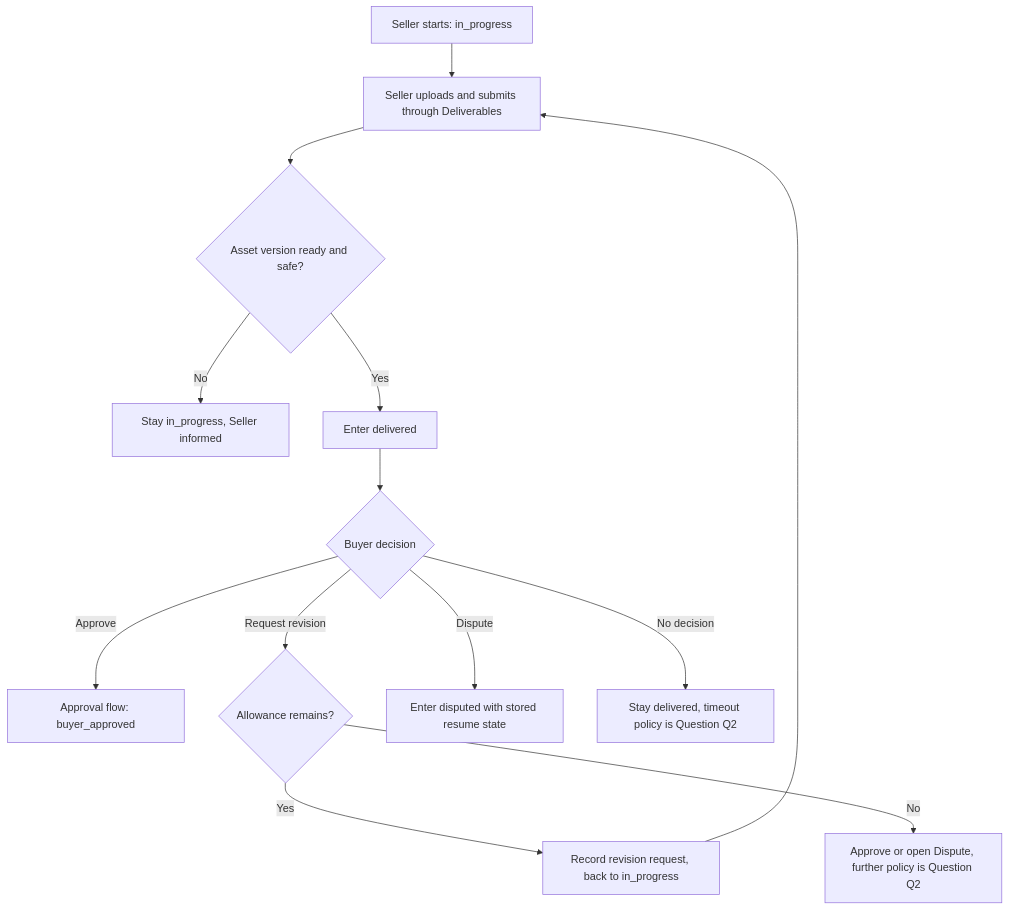
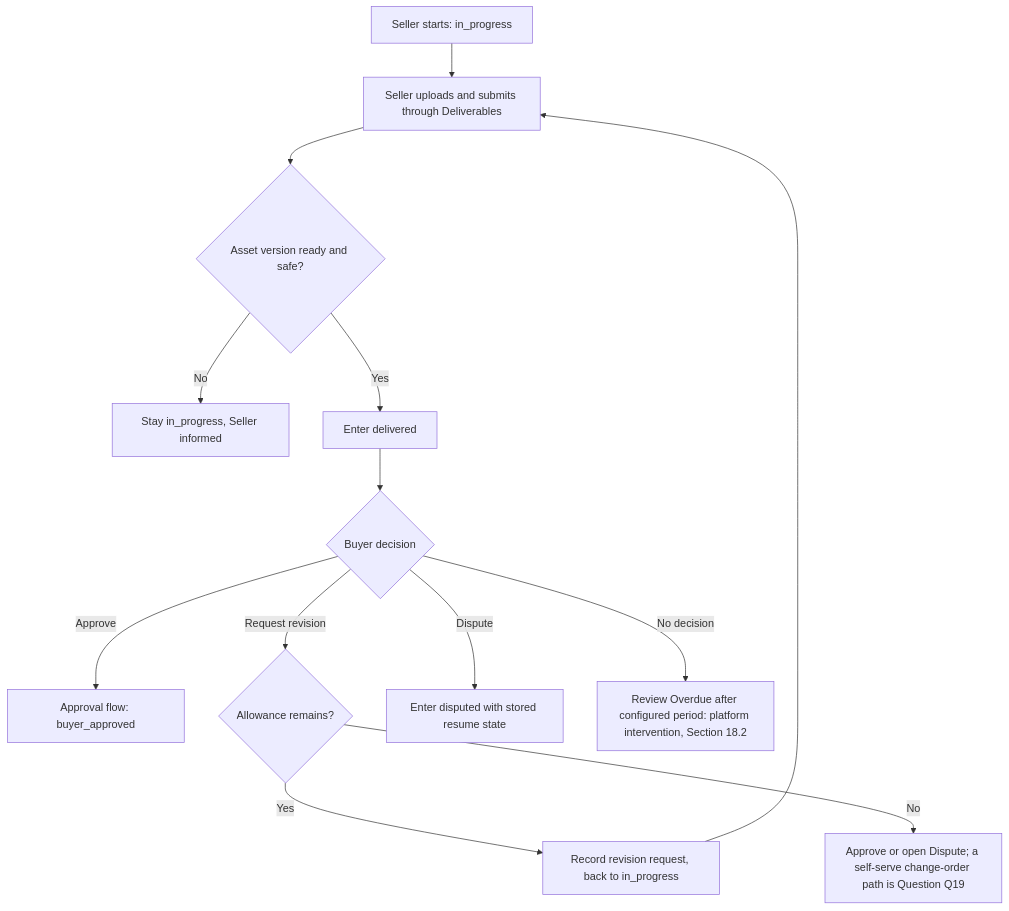
The sixth of 12 diagrams in docs/05-projects-milestones/milestones.md (xela-ash/Music_app), drawn with Mermaid before and after one commit. The commit also changed other lines of this file and 2 other files, not shown here.

````diff
--- a/docs/05-projects-milestones/milestones.md
+++ b/docs/05-projects-milestones/milestones.md
@@ -675,15 +688,15 @@
 ```mermaid
 flowchart TD
     Start["Seller starts: in_progress"] --> Submit["Seller uploads and submits through Deliverables"]
     Submit --> Ready{"Asset version ready and safe?"}
     Ready -- "No" --> Hold["Stay in_progress, Seller informed"]
     Ready -- "Yes" --> Delivered["Enter delivered"]
     Delivered --> Review{"Buyer decision"}
     Review -- "Approve" --> Approved["Approval flow: buyer_approved"]
     Review -- "Request revision" --> Allowance{"Allowance remains?"}
     Allowance -- "Yes" --> Record["Record revision request, back to in_progress"]
     Record --> Submit
-    Allowance -- "No" --> Policy["Approve or open Dispute, further policy is Question Q2"]
+    Allowance -- "No" --> Policy["Approve or open Dispute; a self-serve change-order path is Question Q19"]
     Review -- "Dispute" --> Disp["Enter disputed with stored resume state"]
-    Review -- "No decision" --> Pending["Stay delivered, timeout policy is Question Q2"]
+    Review -- "No decision" --> Overdue["Review Overdue after configured period: platform intervention, Section 18.2"]
 ```
````
